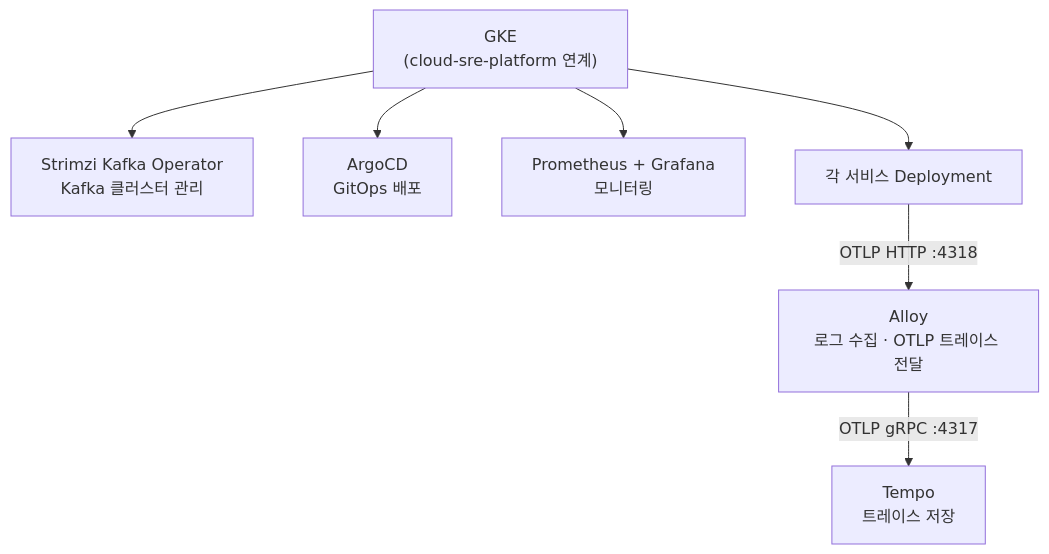
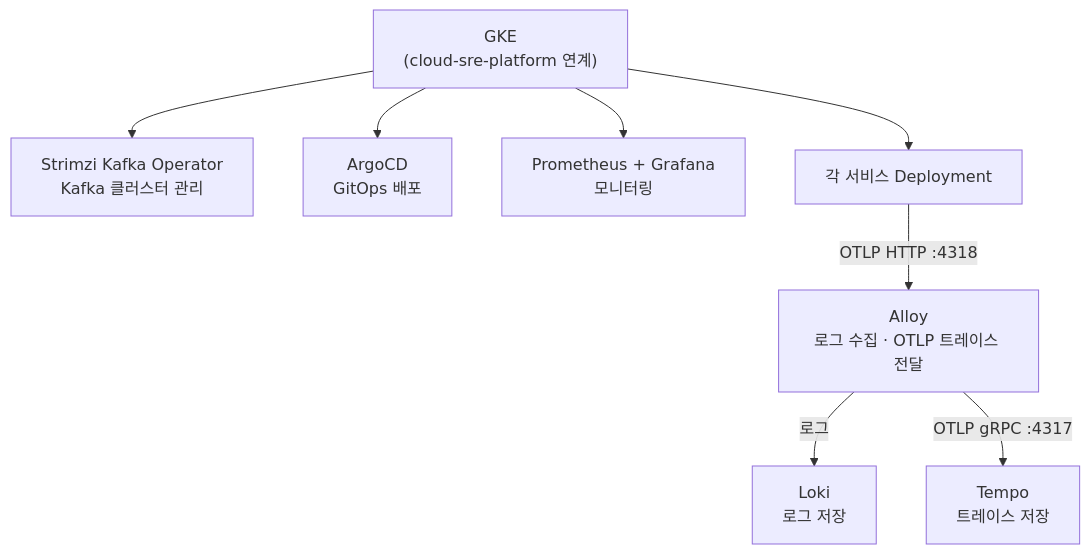
The third of 3 diagrams in docs/architecture.md (jaehoon9875/realtime-auction-service), drawn with Mermaid before and after one commit.

Commit message:
docs: Alloy 로그 저장 경로 다이어그램 보완

````diff
--- a/docs/architecture.md
+++ b/docs/architecture.md
@@ -147,17 +147,19 @@
 ```mermaid
 graph TD
     GKE["GKE<br/>(cloud-sre-platform 연계)"]
     SK["Strimzi Kafka Operator<br/>Kafka 클러스터 관리"]
     AR["ArgoCD<br/>GitOps 배포"]
     PG["Prometheus + Grafana<br/>모니터링"]
     AL["Alloy<br/>로그 수집 · OTLP 트레이스 전달"]
+    LO["Loki<br/>로그 저장"]
     TE["Tempo<br/>트레이스 저장"]
     SVC["각 서비스 Deployment"]
 
     GKE --> SK
     GKE --> AR
     GKE --> PG
     GKE --> SVC
     SVC -->|"OTLP HTTP :4318"| AL
+    AL -->|"로그"| LO
     AL -->|"OTLP gRPC :4317"| TE
 ```
````
